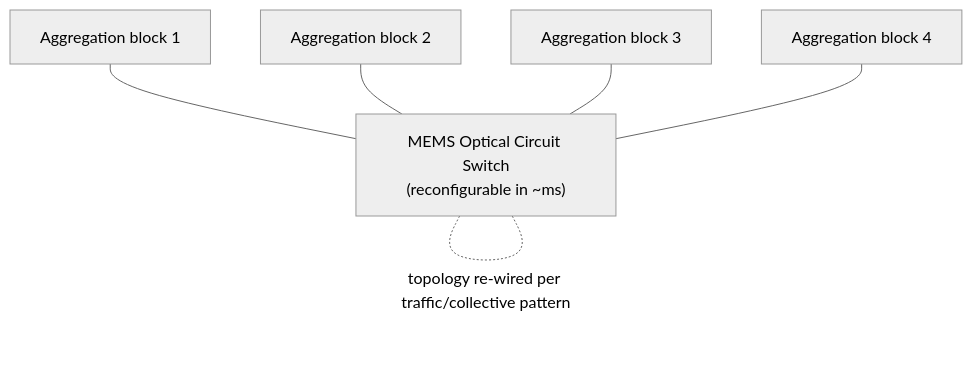
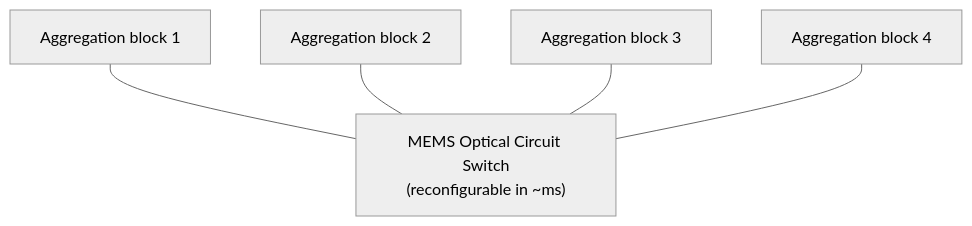
The second of 2 diagrams in 11_optical_switching_and_roadm.md (FrankHuang94/datacenter_networking_claude), drawn with Mermaid (neutral theme) before and after one commit. The commit also changed 4 other files, not shown here.

First line of the commit message:
Harden Mermaid edge-label syntax for reliable GitHub rendering

````diff
--- a/11_optical_switching_and_roadm.md
+++ b/11_optical_switching_and_roadm.md
@@ -44,8 +44,7 @@
 ```mermaid
 flowchart TB
   B1["Aggregation block 1"] --- OCS["MEMS Optical Circuit Switch<br/>(reconfigurable in ~ms)"]
   B2["Aggregation block 2"] --- OCS
   B3["Aggregation block 3"] --- OCS
   B4["Aggregation block 4"] --- OCS
-  OCS -. "topology re-wired per traffic/collective pattern" .- OCS
 ```
````
